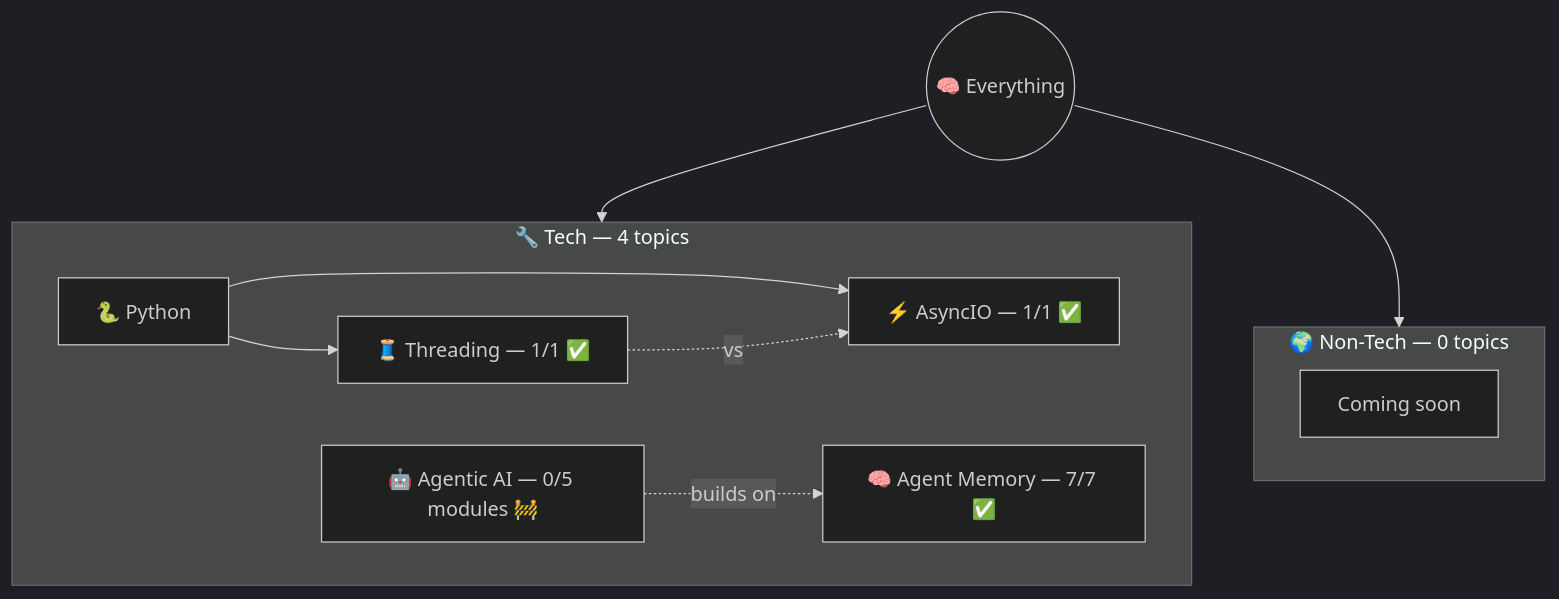
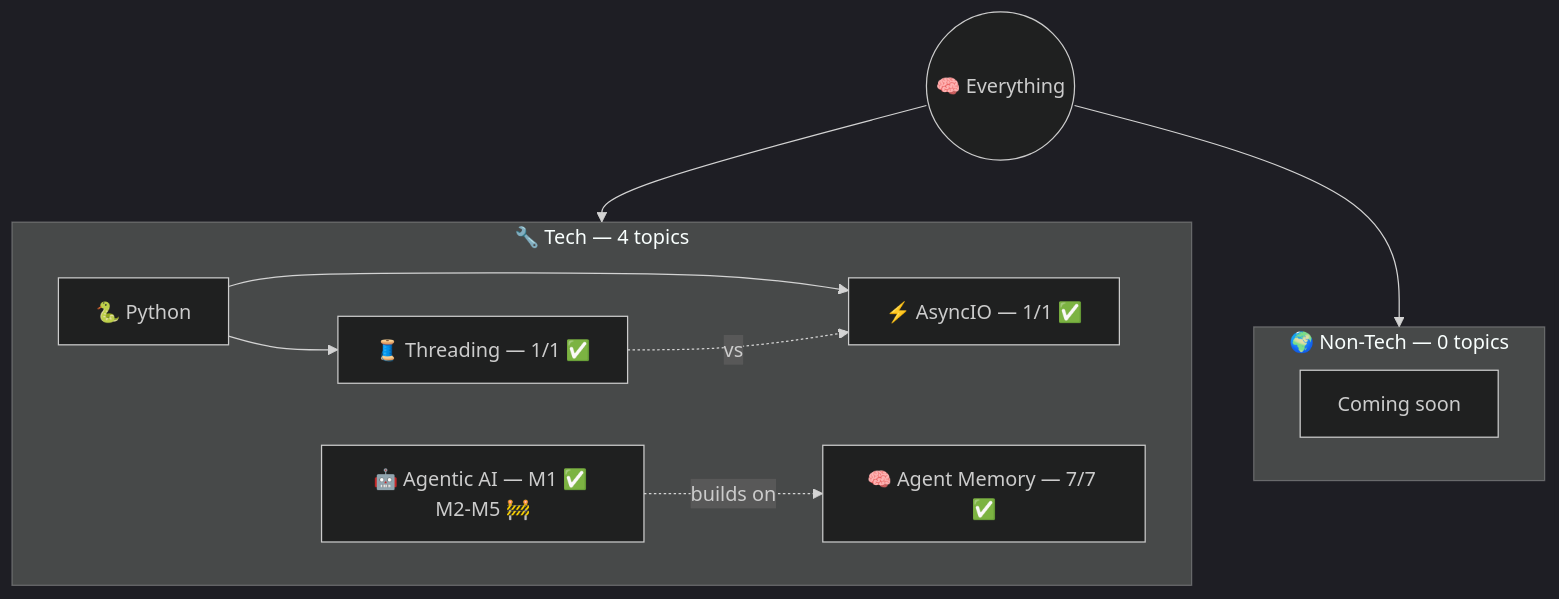
One commit to AyushSonuu/my-memory changed the diagram in _maps/everything.md. Above: the diagram before and after it, drawn with Mermaid (dark theme). The commit also changed other lines of this file and 28 other files, not shown here.

Commit message:
🗺️ tier-2 sync: maps, READMEs, weak-spots, timeline, due-today, docs rebuild

````diff
--- a/_maps/everything.md
+++ b/_maps/everything.md
@@ -5,21 +5,21 @@
 ```mermaid
 graph TB
     ROOT(("🧠 Everything"))
     
     subgraph TECH ["🔧 Tech — 4 topics"]
-        AG["🤖 Agentic AI — 0/5 modules 🚧"]
+        AG["🤖 Agentic AI — M1 ✅ M2-M5 🚧"]
         AM["🧠 Agent Memory — 7/7 ✅"]
         PY["🐍 Python"]
         PY --> AIO["⚡ AsyncIO — 1/1 ✅"]
         PY --> THR["🧵 Threading — 1/1 ✅"]
         AG -.->|"builds on"| AM
         THR -.->|"vs"| AIO
     end
 
     subgraph NT ["🌍 Non-Tech — 0 topics"]
         NTE["Coming soon"]
     end
 
     ROOT --> TECH
     ROOT --> NT
 ```
````
